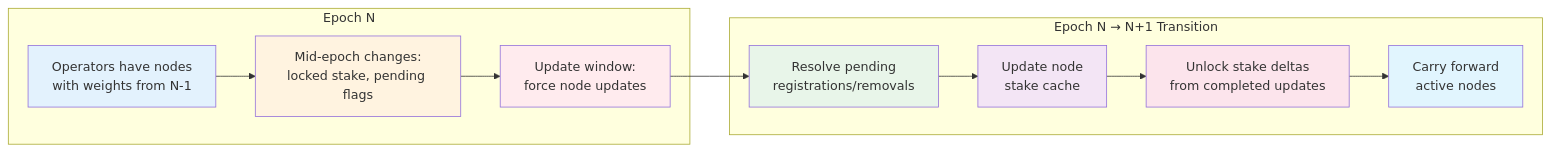
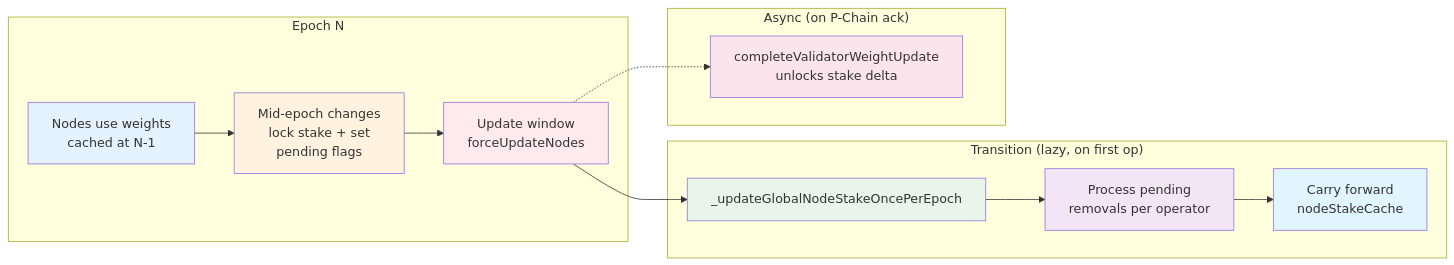
One commit to suzaku-network/suzaku-core changed the third of 4 diagrams in docs/4-middleware.md. Above: the diagram before and after it, drawn with Mermaid. The commit also changed other lines of this file and 1 other file, not shown here.

````diff
--- a/docs/4-middleware.md
+++ b/docs/4-middleware.md
@@ -237,30 +274,33 @@
 ```mermaid
 graph LR
     subgraph "Epoch N"
-        A[Operators have nodes<br/>with weights from N-1]
-        B[Mid-epoch changes:<br/>locked stake, pending flags]
-        C[Update window:<br/>force node updates]
+        A[Nodes use weights<br/>cached at N-1]
+        B[Mid-epoch changes<br/>lock stake + set<br/>pending flags]
+        C[Update window<br/>forceUpdateNodes]
     end
     
-    subgraph "Epoch N → N+1 Transition"
-        D[Resolve pending<br/>registrations/removals]
-        E[Update node<br/>stake cache]
-        F[Unlock stake deltas<br/>from completed updates]
-        G[Carry forward<br/>active nodes]
+    subgraph "Transition (lazy, on first op)"
+        D[_updateGlobalNodeStakeOncePerEpoch]
+        E[Process pending<br/>removals per operator]
+        F[Carry forward<br/>nodeStakeCache]
+    end
+
+    subgraph "Async (on P-Chain ack)"
+        G[completeValidatorWeightUpdate<br/>unlocks stake delta]
     end
     
     A --> B
     B --> C
     C --> D
     D --> E
     E --> F
-    F --> G
+    C -.-> G
     
     style A fill:#e3f2fd
     style B fill:#fff3e0
     style C fill:#ffebee
     style D fill:#e8f5e9
     style E fill:#f3e5f5
-    style F fill:#fce4ec
-    style G fill:#e1f5fe
+    style F fill:#e1f5fe
+    style G fill:#fce4ec
 ```
````
